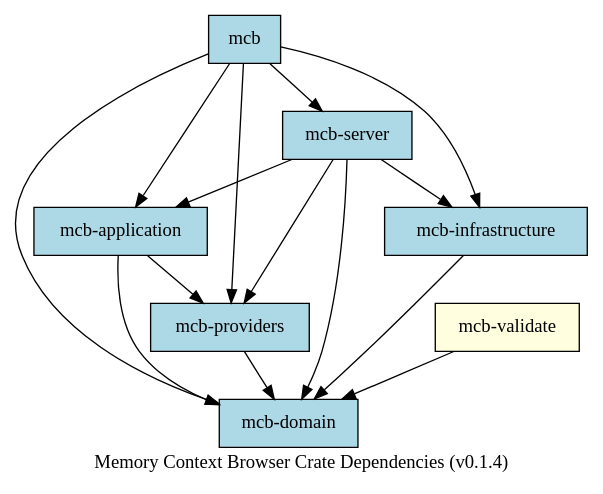
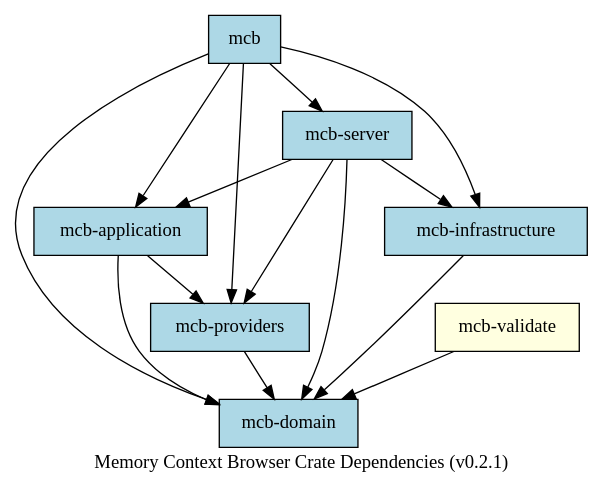
One commit to marlonsc/mcb changed the diagram in docs/modules/dependencies.md. Above: the diagram before and after it, drawn with Graphviz. The commit also changed other lines of this file and 20 other files, not shown here.

````diff
--- a/docs/modules/dependencies.md
+++ b/docs/modules/dependencies.md
@@ -7,29 +7,29 @@
 ```dot
 digraph {
     rankdir=TB;
     node [shape=box, style=filled, fillcolor=lightblue];
 
     "mcb" -> "mcb-server";
     "mcb" -> "mcb-application";
     "mcb" -> "mcb-domain";
     "mcb" -> "mcb-infrastructure";
     "mcb" -> "mcb-providers";
 
     "mcb-server" -> "mcb-application";
     "mcb-server" -> "mcb-domain";
     "mcb-server" -> "mcb-infrastructure";
     "mcb-server" -> "mcb-providers";
 
     "mcb-application" -> "mcb-domain";
     "mcb-application" -> "mcb-providers";
 
     "mcb-infrastructure" -> "mcb-domain";
 
     "mcb-providers" -> "mcb-domain";
 
     "mcb-validate" [fillcolor=lightyellow];
     "mcb-validate" -> "mcb-domain";
 
-    label="Memory Context Browser Crate Dependencies (v0.1.4)";
+    label="Memory Context Browser Crate Dependencies (v0.2.1)";
 }
 ```
````
